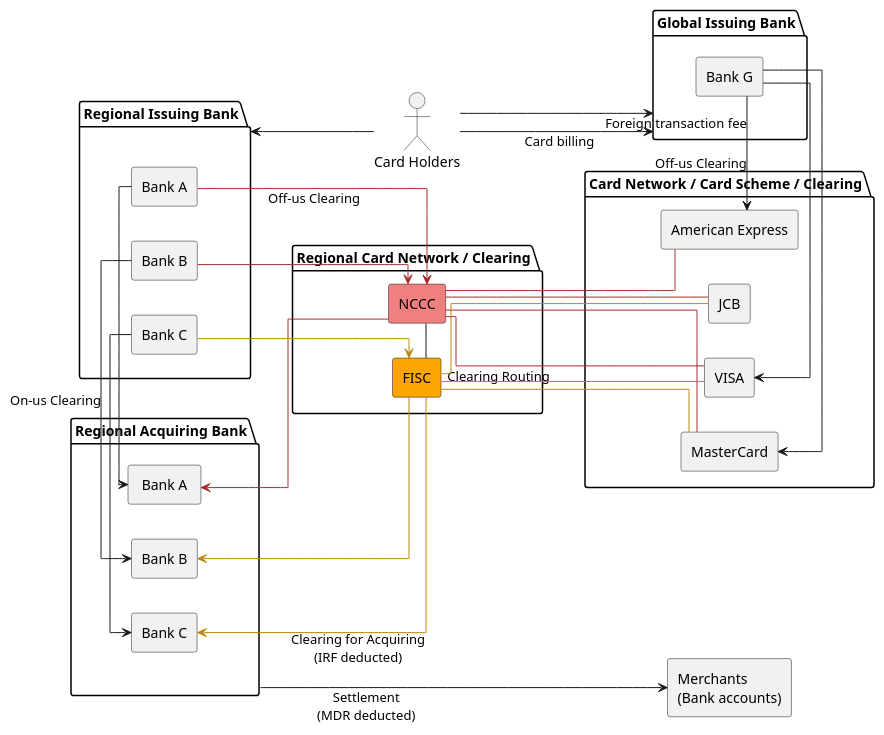
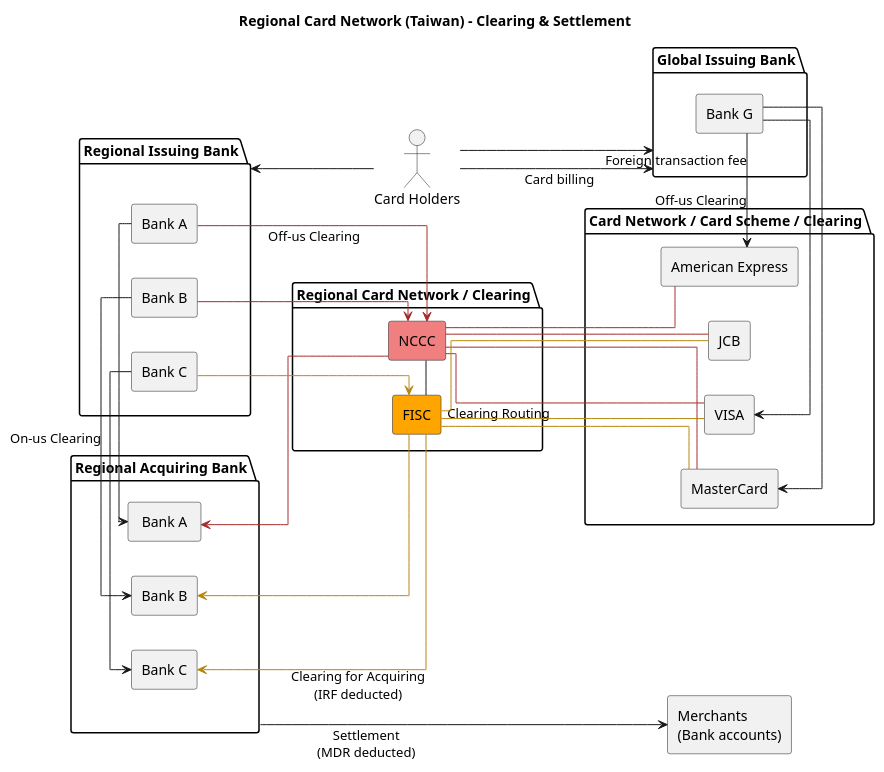
One commit to yidas/web-service-architectures changed the diagram in payment/local-card-services-clearing.plantuml. Above: the diagram before and after it, drawn with PlantUML.

```diff
--- a/payment/local-card-services-clearing.plantuml
+++ b/payment/local-card-services-clearing.plantuml
@@ -1,61 +1,63 @@
 @startuml
 skinparam linetype polyline
 skinparam linetype ortho
 left to right direction
+
+title "Regional Card Network (Taiwan) - Clearing & Settlement"
 
 actor "Card Holders" as user
 agent "Merchants \n(Bank accounts)" as merchant
 package "Card Network / Card Scheme / Clearing" as ccnet {
   agent "VISA" as visa
   agent "MasterCard" as mc
   agent "JCB" as jcb
   agent "American Express" as axp
 }
 package "Regional Card Network / Clearing" as ccnet_local {
   agent "NCCC" as nccc #lightcoral
   agent "FISC" as fisc #orange
 }
 package "Global Issuing Bank" as issuer_global {
   agent "Bank G" as issuer_global_a
 }
 package "Regional Issuing Bank" as issuer_local {
   agent "Bank A" as issuer_a
   agent "Bank C" as issuer_b
   agent "Bank B" as issuer_c
 }
 package "Regional Acquiring Bank" as acquirer_local {
   agent " Bank A " as acquirer_a
   agent "Bank C" as acquirer_b
   agent "Bank B" as acquirer_c
 }
 
 nccc - fisc
 nccc --[#brown] visa: Clearing Routing
 nccc --[#brown] mc
 nccc --[#brown] jcb
 nccc --[#brown] axp
 fisc --[#darkGoldenRod] visa
 fisc --[#darkGoldenRod] mc
 fisc -[#darkGoldenRod] jcb
 
 issuer_a --[#brown]> nccc: Off-us Clearing
 acquirer_a <--[#brown] nccc
 issuer_b --[#darkGoldenRod]> fisc
 acquirer_b <--[#darkGoldenRod] fisc: Clearing for Acquiring\n(IRF deducted)
 issuer_c --[#brown]> nccc
 acquirer_c <--[#darkGoldenRod] fisc
 
 issuer_a -> acquirer_a
 issuer_b -> acquirer_b
 issuer_c -> acquirer_c: On-us Clearing
 
 issuer_global_a -right-> visa
 issuer_global_a -right-> mc
 issuer_global_a -right-> axp: Off-us Clearing
 
 acquirer_local ---> merchant: Settlement\n(MDR deducted)
 
 user -down-> issuer_global: Card billing
 user -down-> issuer_global: Foreign transaction fee 
 user -up-> issuer_local
 @enduml
```
